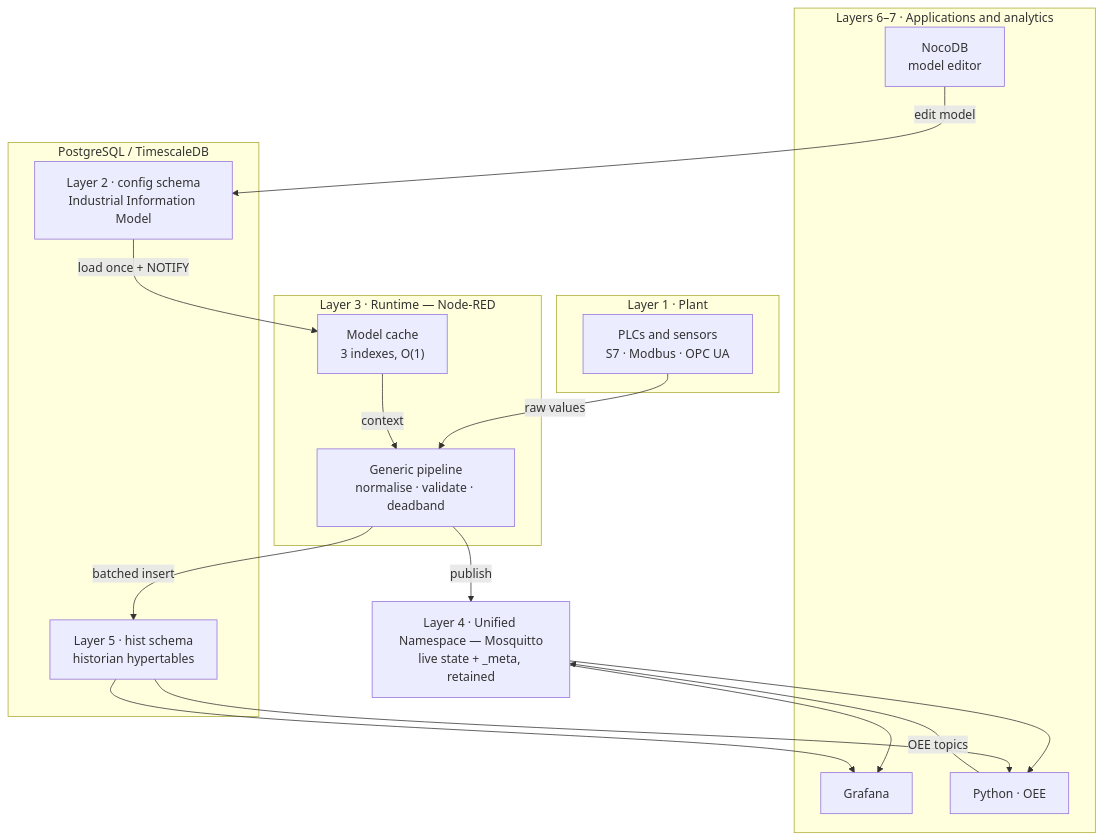
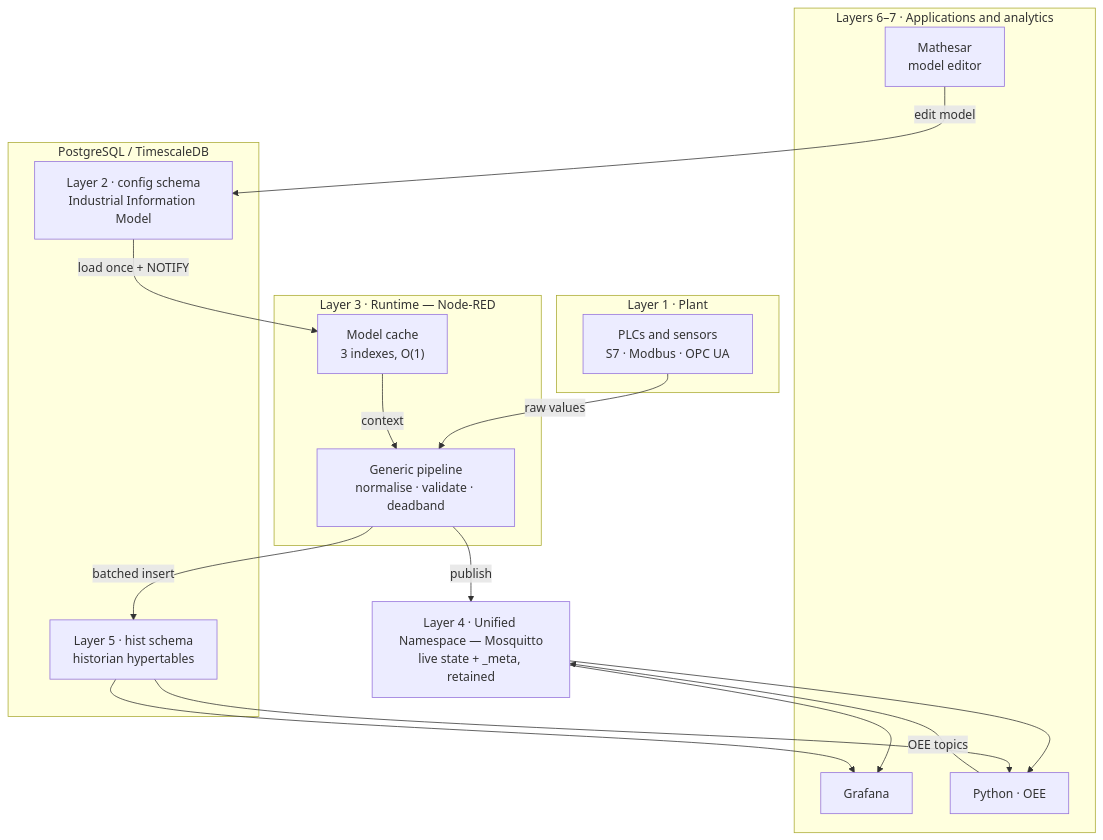
One commit to jarosin69/ofm changed the first of 2 diagrams in docs/architecture-overview.md. Above: the diagram before and after it, drawn with Mermaid. The commit also changed other lines of this file and 18 other files, not shown here.

````diff
--- a/docs/architecture-overview.md
+++ b/docs/architecture-overview.md
@@ -95,31 +96,31 @@
 ```mermaid
 flowchart TB
   subgraph L1["Layer 1 · Plant"]
     PLC["PLCs and sensors<br/>S7 · Modbus · OPC UA"]
   end
   subgraph L3["Layer 3 · Runtime — Node-RED"]
     PIPE["Generic pipeline<br/>normalise · validate · deadband"]
     CACHE["Model cache<br/>3 indexes, O(1)"]
   end
   subgraph PG["PostgreSQL / TimescaleDB"]
     MODEL["Layer 2 · config schema<br/>Industrial Information Model"]
     HIST["Layer 5 · hist schema<br/>historian hypertables"]
   end
   MQTT["Layer 4 · Unified Namespace — Mosquitto<br/>live state + _meta, retained"]
   subgraph APPS["Layers 6–7 · Applications and analytics"]
     GRAF["Grafana"]
     PY["Python · OEE"]
-    NOCO["NocoDB<br/>model editor"]
+    NOCO["Mathesar<br/>model editor"]
   end
   PLC -->|"raw values"| PIPE
   CACHE -->|"context"| PIPE
   MODEL -->|"load once + NOTIFY"| CACHE
   PIPE -->|"publish"| MQTT
   PIPE -->|"batched insert"| HIST
   MQTT --> GRAF
   MQTT --> PY
   HIST --> GRAF
   HIST --> PY
   NOCO -->|"edit model"| MODEL
   PY -->|"OEE topics"| MQTT
 ```
````
